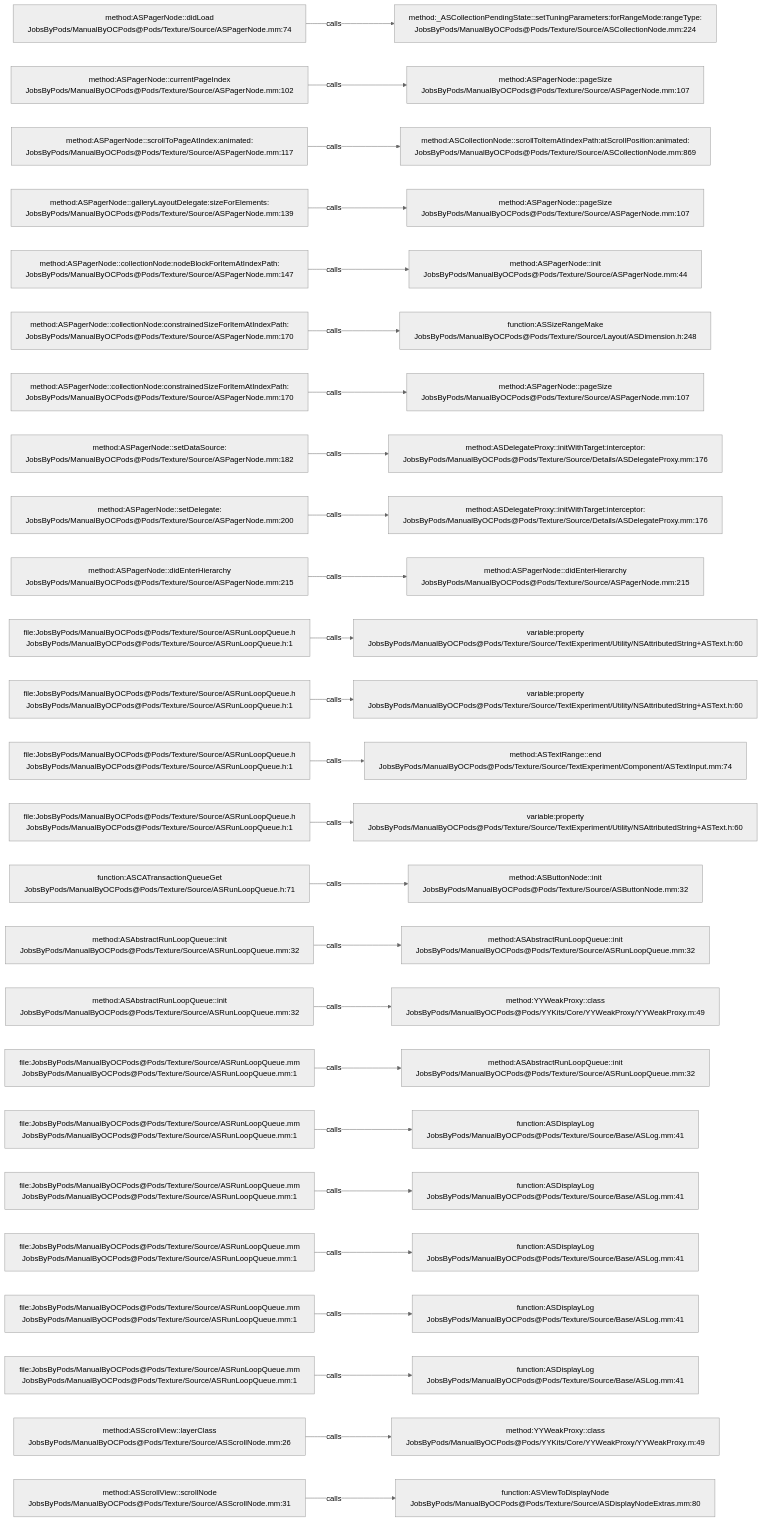
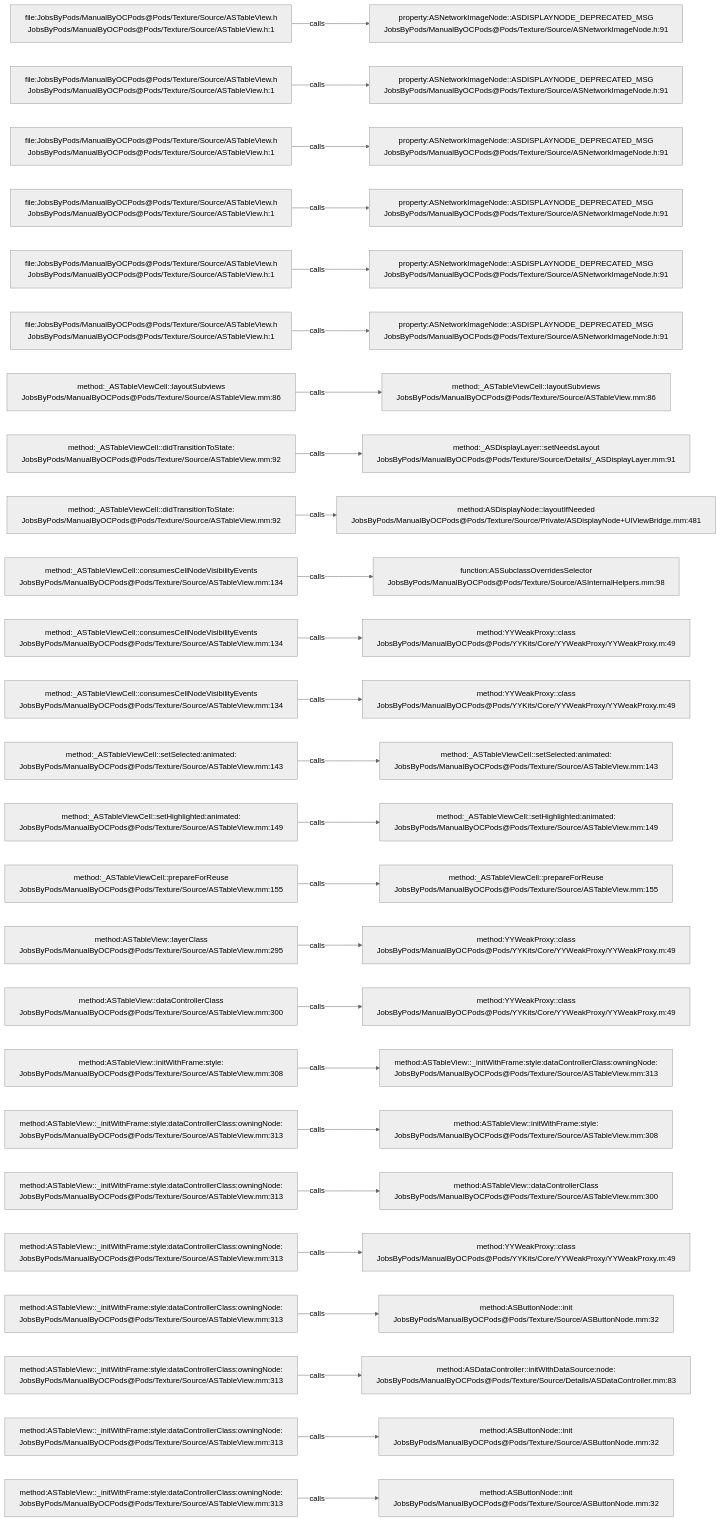
One commit to JobsKits/JobsOCBaseConfigDemo changed the diagram in .codegraph/codegraph.md/graphs/calls-118.md. Above: the diagram before and after it, drawn with Mermaid (neutral theme). The commit also changed 1448 other files, not shown here.

````diff
--- a/.codegraph/codegraph.md/graphs/calls-118.md
+++ b/.codegraph/codegraph.md/graphs/calls-118.md
@@ -13,78 +13,78 @@
 ```mermaid
 flowchart LR
-  S1["method:ASPagerNode::didLoad<br/>JobsByPods/ManualByOCPods@Pods/Texture/Source/ASPagerNode.mm:74"]
-  T1["method:_ASCollectionPendingState::setTuningParameters:forRangeMode:rangeType:<br/>JobsByPods/ManualByOCPods@Pods/Texture/Source/ASCollectionNode.mm:224"]
+  S1["file:JobsByPods/ManualByOCPods@Pods/Texture/Source/ASTableView.h<br/>JobsByPods/ManualByOCPods@Pods/Texture/Source/ASTableView.h:1"]
+  T1["property:ASNetworkImageNode::ASDISPLAYNODE_DEPRECATED_MSG<br/>JobsByPods/ManualByOCPods@Pods/Texture/Source/ASNetworkImageNode.h:91"]
   S1 -->|calls| T1
-  S2["method:ASPagerNode::currentPageIndex<br/>JobsByPods/ManualByOCPods@Pods/Texture/Source/ASPagerNode.mm:102"]
-  T2["method:ASPagerNode::pageSize<br/>JobsByPods/ManualByOCPods@Pods/Texture/Source/ASPagerNode.mm:107"]
+  S2["file:JobsByPods/ManualByOCPods@Pods/Texture/Source/ASTableView.h<br/>JobsByPods/ManualByOCPods@Pods/Texture/Source/ASTableView.h:1"]
+  T2["property:ASNetworkImageNode::ASDISPLAYNODE_DEPRECATED_MSG<br/>JobsByPods/ManualByOCPods@Pods/Texture/Source/ASNetworkImageNode.h:91"]
   S2 -->|calls| T2
-  S3["method:ASPagerNode::scrollToPageAtIndex:animated:<br/>JobsByPods/ManualByOCPods@Pods/Texture/Source/ASPagerNode.mm:117"]
-  T3["method:ASCollectionNode::scrollToItemAtIndexPath:atScrollPosition:animated:<br/>JobsByPods/ManualByOCPods@Pods/Texture/Source/ASCollectionNode.mm:869"]
+  S3["file:JobsByPods/ManualByOCPods@Pods/Texture/Source/ASTableView.h<br/>JobsByPods/ManualByOCPods@Pods/Texture/Source/ASTableView.h:1"]
+  T3["property:ASNetworkImageNode::ASDISPLAYNODE_DEPRECATED_MSG<br/>JobsByPods/ManualByOCPods@Pods/Texture/Source/ASNetworkImageNode.h:91"]
   S3 -->|calls| T3
-  S4["method:ASPagerNode::galleryLayoutDelegate:sizeForElements:<br/>JobsByPods/ManualByOCPods@Pods/Texture/Source/ASPagerNode.mm:139"]
-  T4["method:ASPagerNode::pageSize<br/>JobsByPods/ManualByOCPods@Pods/Texture/Source/ASPagerNode.mm:107"]
+  S4["file:JobsByPods/ManualByOCPods@Pods/Texture/Source/ASTableView.h<br/>JobsByPods/ManualByOCPods@Pods/Texture/Source/ASTableView.h:1"]
+  T4["property:ASNetworkImageNode::ASDISPLAYNODE_DEPRECATED_MSG<br/>JobsByPods/ManualByOCPods@Pods/Texture/Source/ASNetworkImageNode.h:91"]
   S4 -->|calls| T4
-  S5["method:ASPagerNode::collectionNode:nodeBlockForItemAtIndexPath:<br/>JobsByPods/ManualByOCPods@Pods/Texture/Source/ASPagerNode.mm:147"]
-  T5["method:ASPagerNode::init<br/>JobsByPods/ManualByOCPods@Pods/Texture/Source/ASPagerNode.mm:44"]
+  S5["file:JobsByPods/ManualByOCPods@Pods/Texture/Source/ASTableView.h<br/>JobsByPods/ManualByOCPods@Pods/Texture/Source/ASTableView.h:1"]
+  T5["property:ASNetworkImageNode::ASDISPLAYNODE_DEPRECATED_MSG<br/>JobsByPods/ManualByOCPods@Pods/Texture/Source/ASNetworkImageNode.h:91"]
   S5 -->|calls| T5
-  S6["method:ASPagerNode::collectionNode:constrainedSizeForItemAtIndexPath:<br/>JobsByPods/ManualByOCPods@Pods/Texture/Source/ASPagerNode.mm:170"]
-  T6["function:ASSizeRangeMake<br/>JobsByPods/ManualByOCPods@Pods/Texture/Source/Layout/ASDimension.h:248"]
+  S6["file:JobsByPods/ManualByOCPods@Pods/Texture/Source/ASTableView.h<br/>JobsByPods/ManualByOCPods@Pods/Texture/Source/ASTableView.h:1"]
+  T6["property:ASNetworkImageNode::ASDISPLAYNODE_DEPRECATED_MSG<br/>JobsByPods/ManualByOCPods@Pods/Texture/Source/ASNetworkImageNode.h:91"]
   S6 -->|calls| T6
-  S7["method:ASPagerNode::collectionNode:constrainedSizeForItemAtIndexPath:<br/>JobsByPods/ManualByOCPods@Pods/Texture/Source/ASPagerNode.mm:170"]
-  T7["method:ASPagerNode::pageSize<br/>JobsByPods/ManualByOCPods@Pods/Texture/Source/ASPagerNode.mm:107"]
+  S7["method:_ASTableViewCell::layoutSubviews<br/>JobsByPods/ManualByOCPods@Pods/Texture/Source/ASTableView.mm:86"]
+  T7["method:_ASTableViewCell::layoutSubviews<br/>JobsByPods/ManualByOCPods@Pods/Texture/Source/ASTableView.mm:86"]
   S7 -->|calls| T7
-  S8["method:ASPagerNode::setDataSource:<br/>JobsByPods/ManualByOCPods@Pods/Texture/Source/ASPagerNode.mm:182"]
-  T8["method:ASDelegateProxy::initWithTarget:interceptor:<br/>JobsByPods/ManualByOCPods@Pods/Texture/Source/Details/ASDelegateProxy.mm:176"]
+  S8["method:_ASTableViewCell::didTransitionToState:<br/>JobsByPods/ManualByOCPods@Pods/Texture/Source/ASTableView.mm:92"]
+  T8["method:_ASDisplayLayer::setNeedsLayout<br/>JobsByPods/ManualByOCPods@Pods/Texture/Source/Details/_ASDisplayLayer.mm:91"]
   S8 -->|calls| T8
-  S9["method:ASPagerNode::setDelegate:<br/>JobsByPods/ManualByOCPods@Pods/Texture/Source/ASPagerNode.mm:200"]
-  T9["method:ASDelegateProxy::initWithTarget:interceptor:<br/>JobsByPods/ManualByOCPods@Pods/Texture/Source/Details/ASDelegateProxy.mm:176"]
+  S9["method:_ASTableViewCell::didTransitionToState:<br/>JobsByPods/ManualByOCPods@Pods/Texture/Source/ASTableView.mm:92"]
+  T9["method:ASDisplayNode::layoutIfNeeded<br/>JobsByPods/ManualByOCPods@Pods/Texture/Source/Private/ASDisplayNode+UIViewBridge.mm:481"]
   S9 -->|calls| T9
-  S10["method:ASPagerNode::didEnterHierarchy<br/>JobsByPods/ManualByOCPods@Pods/Texture/Source/ASPagerNode.mm:215"]
-  T10["method:ASPagerNode::didEnterHierarchy<br/>JobsByPods/ManualByOCPods@Pods/Texture/Source/ASPagerNode.mm:215"]
+  S10["method:_ASTableViewCell::consumesCellNodeVisibilityEvents<br/>JobsByPods/ManualByOCPods@Pods/Texture/Source/ASTableView.mm:134"]
+  T10["function:ASSubclassOverridesSelector<br/>JobsByPods/ManualByOCPods@Pods/Texture/Source/ASInternalHelpers.mm:98"]
   S10 -->|calls| T10
-  S11["file:JobsByPods/ManualByOCPods@Pods/Texture/Source/ASRunLoopQueue.h<br/>JobsByPods/ManualByOCPods@Pods/Texture/Source/ASRunLoopQueue.h:1"]
-  T11["variable:property<br/>JobsByPods/ManualByOCPods@Pods/Texture/Source/TextExperiment/Utility/NSAttributedString+ASText.h:60"]
+  S11["method:_ASTableViewCell::consumesCellNodeVisibilityEvents<br/>JobsByPods/ManualByOCPods@Pods/Texture/Source/ASTableView.mm:134"]
+  T11["method:YYWeakProxy::class<br/>JobsByPods/ManualByOCPods@Pods/YYKits/Core/YYWeakProxy/YYWeakProxy.m:49"]
   S11 -->|calls| T11
-  S12["file:JobsByPods/ManualByOCPods@Pods/Texture/Source/ASRunLoopQueue.h<br/>JobsByPods/ManualByOCPods@Pods/Texture/Source/ASRunLoopQueue.h:1"]
-  T12["variable:property<br/>JobsByPods/ManualByOCPods@Pods/Texture/Source/TextExperiment/Utility/NSAttributedString+ASText.h:60"]
+  S12["method:_ASTableViewCell::consumesCellNodeVisibilityEvents<br/>JobsByPods/ManualByOCPods@Pods/Texture/Source/ASTableView.mm:134"]
+  T12["method:YYWeakProxy::class<br/>JobsByPods/ManualByOCPods@Pods/YYKits/Core/YYWeakProxy/YYWeakProxy.m:49"]
   S12 -->|calls| T12
-  S13["file:JobsByPods/ManualByOCPods@Pods/Texture/Source/ASRunLoopQueue.h<br/>JobsByPods/ManualByOCPods@Pods/Texture/Source/ASRunLoopQueue.h:1"]
-  T13["method:ASTextRange::end<br/>JobsByPods/ManualByOCPods@Pods/Texture/Source/TextExperiment/Component/ASTextInput.mm:74"]
+  S13["method:_ASTableViewCell::setSelected:animated:<br/>JobsByPods/ManualByOCPods@Pods/Texture/Source/ASTableView.mm:143"]
+  T13["method:_ASTableViewCell::setSelected:animated:<br/>JobsByPods/ManualByOCPods@Pods/Texture/Source/ASTableView.mm:143"]
   S13 -->|calls| T13
-  S14["file:JobsByPods/ManualByOCPods@Pods/Texture/Source/ASRunLoopQueue.h<br/>JobsByPods/ManualByOCPods@Pods/Texture/Source/ASRunLoopQueue.h:1"]
-  T14["variable:property<br/>JobsByPods/ManualByOCPods@Pods/Texture/Source/TextExperiment/Utility/NSAttributedString+ASText.h:60"]
+  S14["method:_ASTableViewCell::setHighlighted:animated:<br/>JobsByPods/ManualByOCPods@Pods/Texture/Source/ASTableView.mm:149"]
+  T14["method:_ASTableViewCell::setHighlighted:animated:<br/>JobsByPods/ManualByOCPods@Pods/Texture/Source/ASTableView.mm:149"]
   S14 -->|calls| T14
-  S15["function:ASCATransactionQueueGet<br/>JobsByPods/ManualByOCPods@Pods/Texture/Source/ASRunLoopQueue.h:71"]
-  T15["method:ASButtonNode::init<br/>JobsByPods/ManualByOCPods@Pods/Texture/Source/ASButtonNode.mm:32"]
+  S15["method:_ASTableViewCell::prepareForReuse<br/>JobsByPods/ManualByOCPods@Pods/Texture/Source/ASTableView.mm:155"]
+  T15["method:_ASTableViewCell::prepareForReuse<br/>JobsByPods/ManualByOCPods@Pods/Texture/Source/ASTableView.mm:155"]
   S15 -->|calls| T15
-  S16["method:ASAbstractRunLoopQueue::init<br/>JobsByPods/ManualByOCPods@Pods/Texture/Source/ASRunLoopQueue.mm:32"]
-  T16["method:ASAbstractRunLoopQueue::init<br/>JobsByPods/ManualByOCPods@Pods/Texture/Source/ASRunLoopQueue.mm:32"]
+  S16["method:ASTableView::layerClass<br/>JobsByPods/ManualByOCPods@Pods/Texture/Source/ASTableView.mm:295"]
+  T16["method:YYWeakProxy::class<br/>JobsByPods/ManualByOCPods@Pods/YYKits/Core/YYWeakProxy/YYWeakProxy.m:49"]
   S16 -->|calls| T16
-  S17["method:ASAbstractRunLoopQueue::init<br/>JobsByPods/ManualByOCPods@Pods/Texture/Source/ASRunLoopQueue.mm:32"]
+  S17["method:ASTableView::dataControllerClass<br/>JobsByPods/ManualByOCPods@Pods/Texture/Source/ASTableView.mm:300"]
   T17["method:YYWeakProxy::class<br/>JobsByPods/ManualByOCPods@Pods/YYKits/Core/YYWeakProxy/YYWeakProxy.m:49"]
   S17 -->|calls| T17
-  S18["file:JobsByPods/ManualByOCPods@Pods/Texture/Source/ASRunLoopQueue.mm<br/>JobsByPods/ManualByOCPods@Pods/Texture/Source/ASRunLoopQueue.mm:1"]
-  T18["method:ASAbstractRunLoopQueue::init<br/>JobsByPods/ManualByOCPods@Pods/Texture/Source/ASRunLoopQueue.mm:32"]
+  S18["method:ASTableView::initWithFrame:style:<br/>JobsByPods/ManualByOCPods@Pods/Texture/Source/ASTableView.mm:308"]
+  T18["method:ASTableView::_initWithFrame:style:dataControllerClass:owningNode:<br/>JobsByPods/ManualByOCPods@Pods/Texture/Source/ASTableView.mm:313"]
   S18 -->|calls| T18
-  S19["file:JobsByPods/ManualByOCPods@Pods/Texture/Source/ASRunLoopQueue.mm<br/>JobsByPods/ManualByOCPods@Pods/Texture/Source/ASRunLoopQueue.mm:1"]
-  T19["function:ASDisplayLog<br/>JobsByPods/ManualByOCPods@Pods/Texture/Source/Base/ASLog.mm:41"]
+  S19["method:ASTableView::_initWithFrame:style:dataControllerClass:owningNode:<br/>JobsByPods/ManualByOCPods@Pods/Texture/Source/ASTableView.mm:313"]
+  T19["method:ASTableView::initWithFrame:style:<br/>JobsByPods/ManualByOCPods@Pods/Texture/Source/ASTableView.mm:308"]
   S19 -->|calls| T19
-  S20["file:JobsByPods/ManualByOCPods@Pods/Texture/Source/ASRunLoopQueue.mm<br/>JobsByPods/ManualByOCPods@Pods/Texture/Source/ASRunLoopQueue.mm:1"]
-  T20["function:ASDisplayLog<br/>JobsByPods/ManualByOCPods@Pods/Texture/Source/Base/ASLog.mm:41"]
+  S20["method:ASTableView::_initWithFrame:style:dataControllerClass:owningNode:<br/>JobsByPods/ManualByOCPods@Pods/Texture/Source/ASTableView.mm:313"]
+  T20["method:ASTableView::dataControllerClass<br/>JobsByPods/ManualByOCPods@Pods/Texture/Source/ASTableView.mm:300"]
   S20 -->|calls| T20
-  S21["file:JobsByPods/ManualByOCPods@Pods/Texture/Source/ASRunLoopQueue.mm<br/>JobsByPods/ManualByOCPods@Pods/Texture/Source/ASRunLoopQueue.mm:1"]
-  T21["function:ASDisplayLog<br/>JobsByPods/ManualByOCPods@Pods/Texture/Source/Base/ASLog.mm:41"]
+  S21["method:ASTableView::_initWithFrame:style:dataControllerClass:owningNode:<br/>JobsByPods/ManualByOCPods@Pods/Texture/Source/ASTableView.mm:313"]
+  T21["method:YYWeakProxy::class<br/>JobsByPods/ManualByOCPods@Pods/YYKits/Core/YYWeakProxy/YYWeakProxy.m:49"]
   S21 -->|calls| T21
-  S22["file:JobsByPods/ManualByOCPods@Pods/Texture/Source/ASRunLoopQueue.mm<br/>JobsByPods/ManualByOCPods@Pods/Texture/Source/ASRunLoopQueue.mm:1"]
-  T22["function:ASDisplayLog<br/>JobsByPods/ManualByOCPods@Pods/Texture/Source/Base/ASLog.mm:41"]
+  S22["method:ASTableView::_initWithFrame:style:dataControllerClass:owningNode:<br/>JobsByPods/ManualByOCPods@Pods/Texture/Source/ASTableView.mm:313"]
+  T22["method:ASButtonNode::init<br/>JobsByPods/ManualByOCPods@Pods/Texture/Source/ASButtonNode.mm:32"]
   S22 -->|calls| T22
-  S23["file:JobsByPods/ManualByOCPods@Pods/Texture/Source/ASRunLoopQueue.mm<br/>JobsByPods/ManualByOCPods@Pods/Texture/Source/ASRunLoopQueue.mm:1"]
-  T23["function:ASDisplayLog<br/>JobsByPods/ManualByOCPods@Pods/Texture/Source/Base/ASLog.mm:41"]
+  S23["method:ASTableView::_initWithFrame:style:dataControllerClass:owningNode:<br/>JobsByPods/ManualByOCPods@Pods/Texture/Source/ASTableView.mm:313"]
+  T23["method:ASDataController::initWithDataSource:node:<br/>JobsByPods/ManualByOCPods@Pods/Texture/Source/Details/ASDataController.mm:83"]
   S23 -->|calls| T23
-  S24["method:ASScrollView::layerClass<br/>JobsByPods/ManualByOCPods@Pods/Texture/Source/ASScrollNode.mm:26"]
-  T24["method:YYWeakProxy::class<br/>JobsByPods/ManualByOCPods@Pods/YYKits/Core/YYWeakProxy/YYWeakProxy.m:49"]
+  S24["method:ASTableView::_initWithFrame:style:dataControllerClass:owningNode:<br/>JobsByPods/ManualByOCPods@Pods/Texture/Source/ASTableView.mm:313"]
+  T24["method:ASButtonNode::init<br/>JobsByPods/ManualByOCPods@Pods/Texture/Source/ASButtonNode.mm:32"]
   S24 -->|calls| T24
-  S25["method:ASScrollView::scrollNode<br/>JobsByPods/ManualByOCPods@Pods/Texture/Source/ASScrollNode.mm:31"]
-  T25["function:ASViewToDisplayNode<br/>JobsByPods/ManualByOCPods@Pods/Texture/Source/ASDisplayNodeExtras.mm:80"]
+  S25["method:ASTableView::_initWithFrame:style:dataControllerClass:owningNode:<br/>JobsByPods/ManualByOCPods@Pods/Texture/Source/ASTableView.mm:313"]
+  T25["method:ASButtonNode::init<br/>JobsByPods/ManualByOCPods@Pods/Texture/Source/ASButtonNode.mm:32"]
   S25 -->|calls| T25
 ```
````
